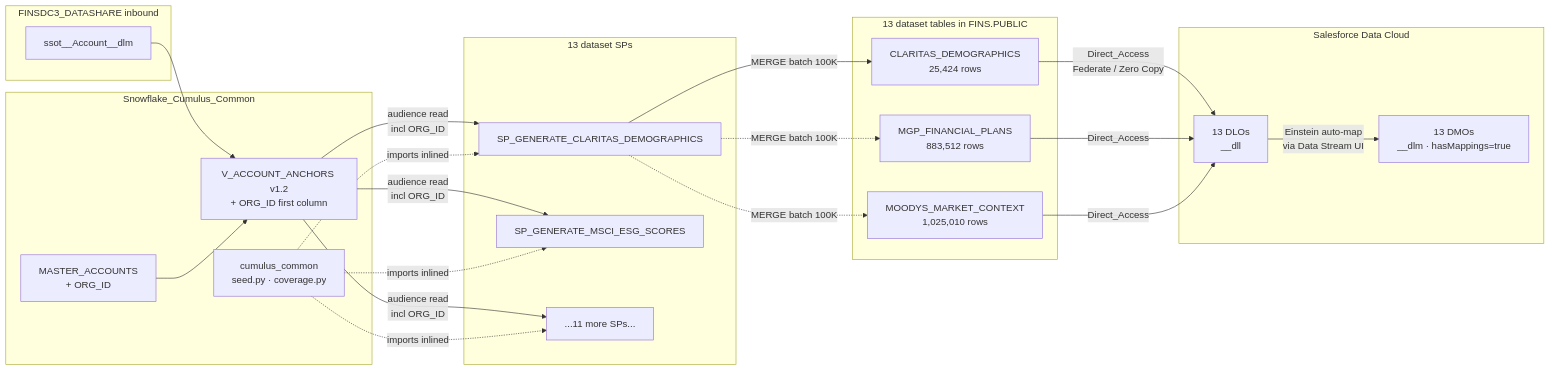
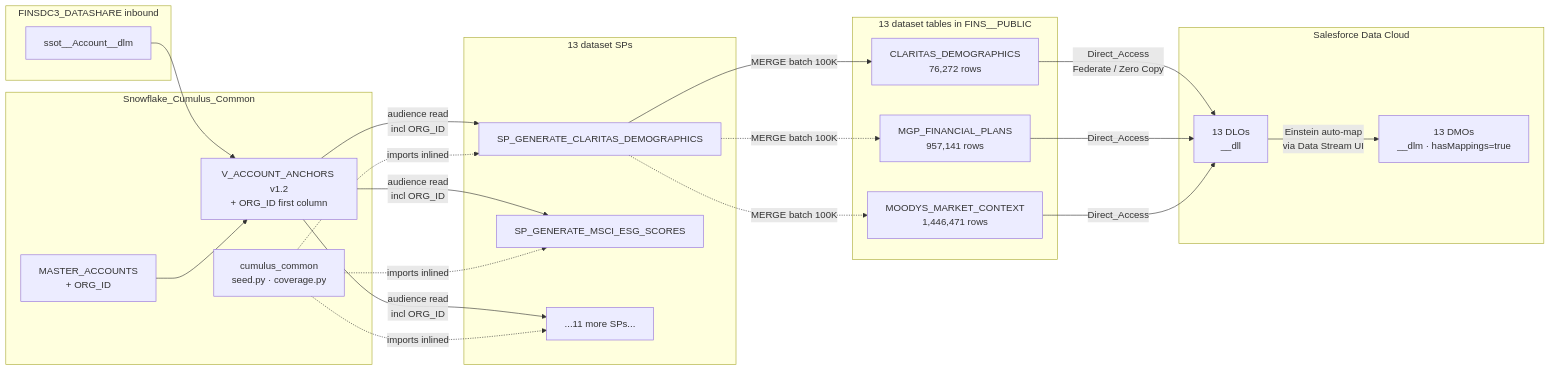
Before and after one commit to josers18/JDO: the fifth of 5 diagrams in Snowflake/docs/ARCHITECTURE.md, drawn with Mermaid. The commit also changed other lines of this file and 167 other files, not shown here.

First line of the commit message:
docs: migrate all Snowflake references from GSB13421 FINS.PUBLIC to SFDC_DC_TECH_ARCH DATA_JEDAIS.FINS__PUBLIC

````diff
--- a/Snowflake/docs/ARCHITECTURE.md
+++ b/Snowflake/docs/ARCHITECTURE.md
@@ -271,41 +269,41 @@
 ```mermaid
 flowchart LR
     subgraph FINSDC3 [FINSDC3_DATASHARE inbound]
         SHARE[ssot__Account__dlm]
     end
     subgraph CUMULUS [Snowflake_Cumulus_Common]
         MA2[MASTER_ACCOUNTS<br/>+ ORG_ID]
         VA[V_ACCOUNT_ANCHORS v1.2<br/>+ ORG_ID first column]
         CC[cumulus_common<br/>seed.py · coverage.py]
     end
     subgraph PLANS [13 dataset SPs]
         SP1[SP_GENERATE_CLARITAS_DEMOGRAPHICS]
         SP2[SP_GENERATE_MSCI_ESG_SCORES]
         SP3[...11 more SPs...]
     end
-    subgraph TABLES [13 dataset tables in FINS.PUBLIC]
-        T1[CLARITAS_DEMOGRAPHICS<br/>25,424 rows]
-        T8[MGP_FINANCIAL_PLANS<br/>883,512 rows]
-        T13[MOODYS_MARKET_CONTEXT<br/>1,025,010 rows]
+    subgraph TABLES [13 dataset tables in FINS__PUBLIC]
+        T1[CLARITAS_DEMOGRAPHICS<br/>76,272 rows]
+        T8[MGP_FINANCIAL_PLANS<br/>957,141 rows]
+        T13[MOODYS_MARKET_CONTEXT<br/>1,446,471 rows]
     end
     subgraph DC [Salesforce Data Cloud]
         DLO[13 DLOs<br/>__dll]
         DMO[13 DMOs<br/>__dlm · hasMappings=true]
     end
 
     SHARE --> VA
     MA2 --> VA
     VA -->|audience read<br/>incl ORG_ID| SP1
     VA -->|audience read<br/>incl ORG_ID| SP2
     VA -->|audience read<br/>incl ORG_ID| SP3
     CC -.->|imports inlined| SP1
     CC -.->|imports inlined| SP2
     CC -.->|imports inlined| SP3
     SP1 -->|MERGE batch 100K| T1
     SP1 -.->|MERGE batch 100K| T8
     SP1 -.->|MERGE batch 100K| T13
     T1 -->|Direct_Access<br/>Federate / Zero Copy| DLO
     T8 -->|Direct_Access| DLO
     T13 -->|Direct_Access| DLO
     DLO -->|Einstein auto-map<br/>via Data Stream UI| DMO
 ```
````
